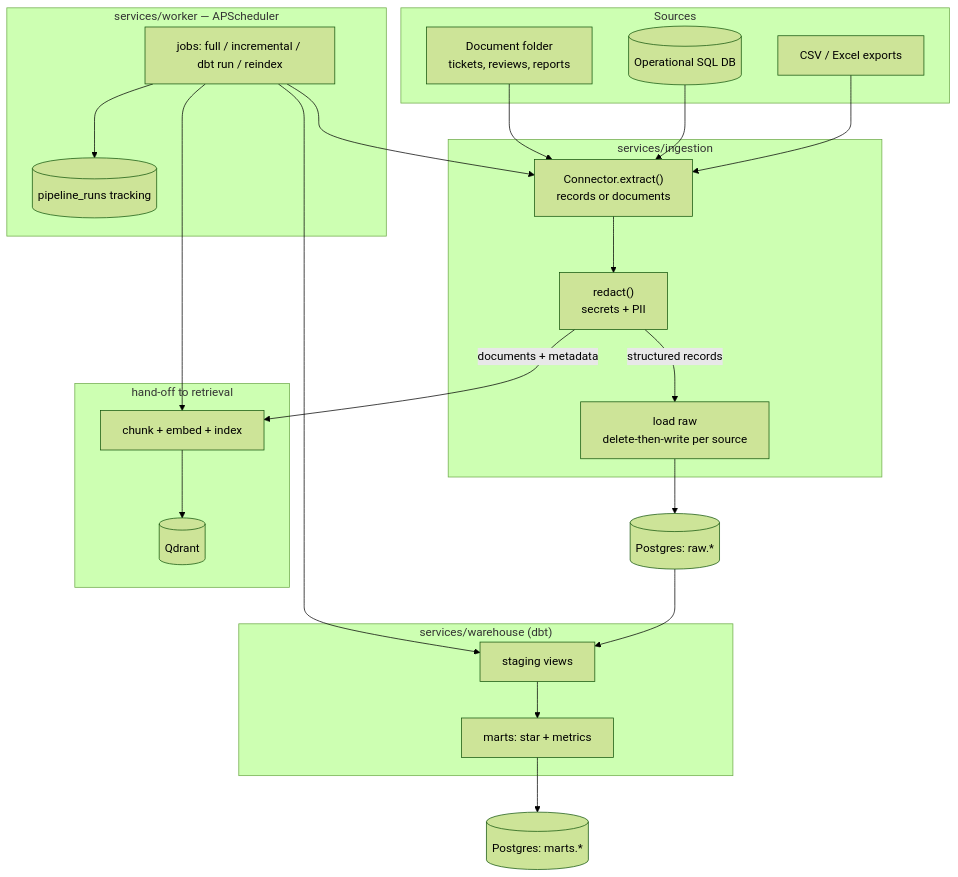
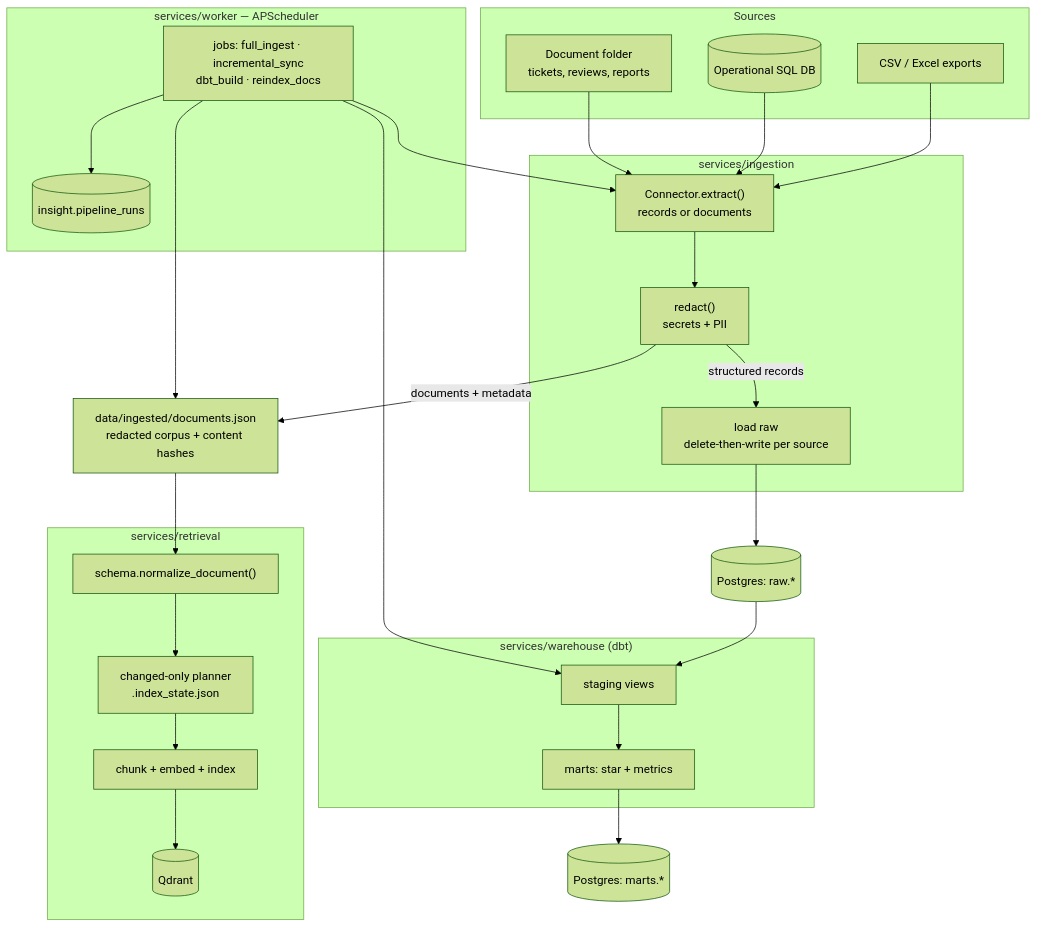
One commit to umesh-404/insight-gpt changed the diagram in docs/03-ingestion-etl.md. Above: the diagram before and after it, drawn with Mermaid (forest theme). The commit also changed other lines of this file and 106 other files, not shown here.

````diff
--- a/docs/03-ingestion-etl.md
+++ b/docs/03-ingestion-etl.md
@@ -25,45 +25,49 @@
 ```mermaid
 flowchart TB
     subgraph Sources
         CSV[CSV / Excel exports]
         SQLSRC[(Operational SQL DB)]
         DOCS[Document folder<br/>tickets, reviews, reports]
     end
 
     subgraph Ingestion["services/ingestion"]
         CONN["Connector.extract()<br/>records or documents"]
         REDACT["redact()<br/>secrets + PII"]
         LOADR["load raw<br/>delete-then-write per source"]
     end
 
     RAW[("Postgres: raw.*")]
     subgraph Warehouse["services/warehouse (dbt)"]
         STG["staging views"]
         MARTS["marts: star + metrics"]
     end
     MARTS2[("Postgres: marts.*")]
 
-    subgraph RetrievalHandoff["hand-off to retrieval"]
+    CORPUS["data/ingested/documents.json<br/>redacted corpus + content hashes"]
+    subgraph RetrievalHandoff["services/retrieval"]
+        NORM["schema.normalize_document()"]
+        CHANGED["changed-only planner<br/>.index_state.json"]
         CHUNK["chunk + embed + index"]
         QD[("Qdrant")]
     end
 
     CSV --> CONN
     SQLSRC --> CONN
     DOCS --> CONN
     CONN --> REDACT
 
     REDACT -->|structured records| LOADR --> RAW
     RAW --> STG --> MARTS --> MARTS2
 
-    REDACT -->|documents + metadata| CHUNK --> QD
+    REDACT -->|documents + metadata| CORPUS
+    CORPUS --> NORM --> CHANGED --> CHUNK --> QD
 
     subgraph Worker["services/worker — APScheduler"]
-        JOBS["jobs: full / incremental / dbt run / reindex"]
-        RUNS[("pipeline_runs tracking")]
+        JOBS["jobs: full_ingest · incremental_sync<br/>dbt_build · reindex_docs"]
+        RUNS[("insight.pipeline_runs")]
     end
     JOBS --> CONN
     JOBS --> STG
-    JOBS --> CHUNK
+    JOBS --> CORPUS
     JOBS --> RUNS
 ```
````
